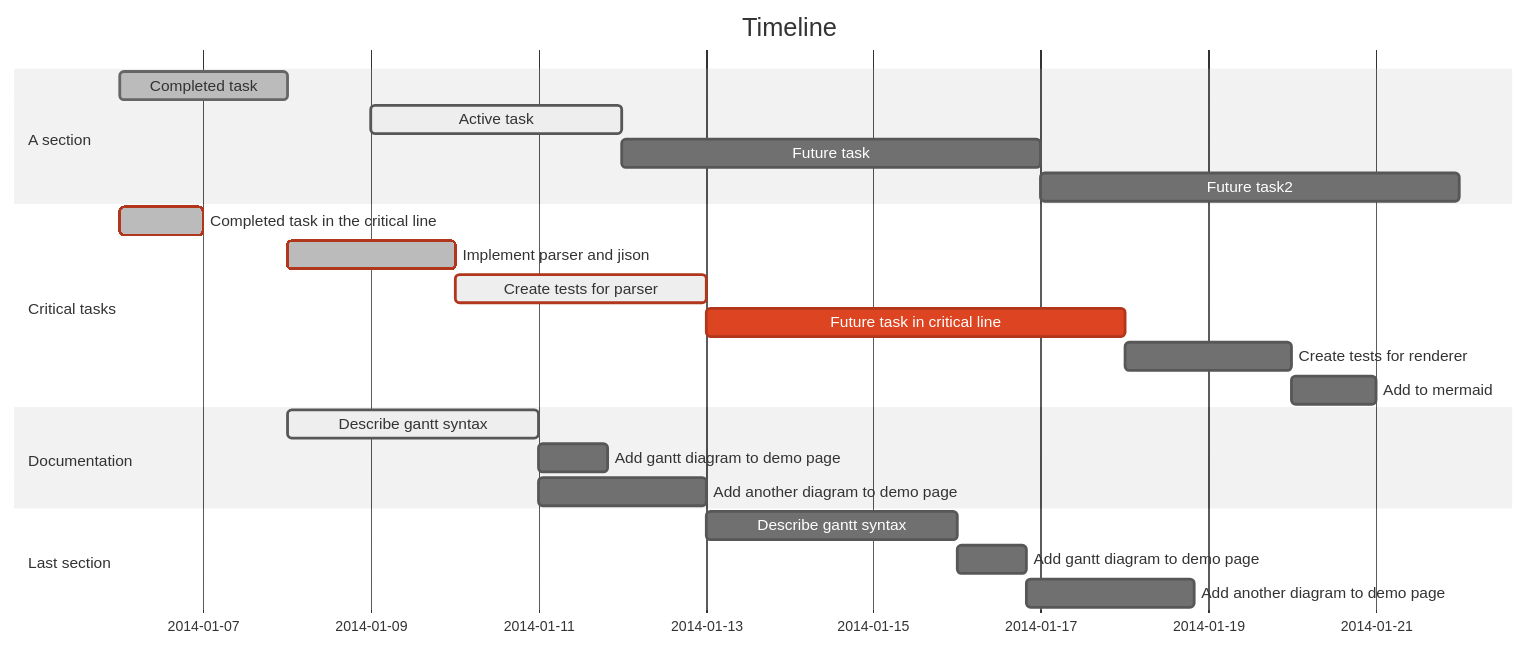
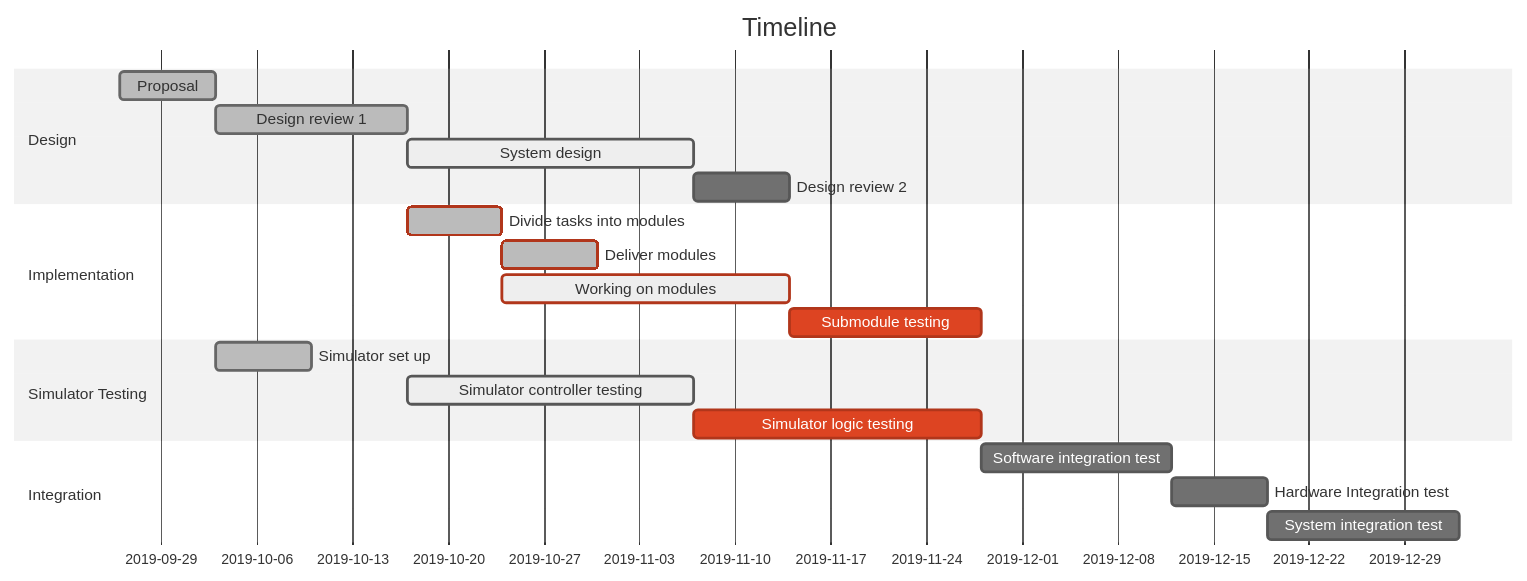
Before and after one commit to ubcuas/Airdrop-Software-2022: the diagram in README.md, drawn with Mermaid (neutral theme).

Commit message:
gantt chart draft timeline

````diff
--- a/README.md
+++ b/README.md
@@ -37,29 +37,27 @@
 ```mermaid
 gantt
     title Timeline
     dateFormat  YYYY-MM-DD
-	
-    section A section
-    Completed task            :done,    des1, 2014-01-06,2014-01-08
-    Active task               :active,  des2, 2014-01-09, 3d
-    Future task               :         des3, after des2, 5d
-    Future task2              :         des4, after des3, 5d
 
-    section Critical tasks
-    Completed task in the critical line :crit, done, 2014-01-06,24h
-    Implement parser and jison          :crit, done, after des1, 2d
-    Create tests for parser             :crit, active, 3d
-    Future task in critical line        :crit, 5d
-    Create tests for renderer           :2d
-    Add to mermaid                      :1d
+    section Design
+    Proposal            :done,    des1, 2019-09-26,2019-10-03
+    Design review 1            :done,  des2, 2019-10-03, 2019-10-17
+    System design               :active,         des3, after des2, 3w
+    Design review 2              :         des4, after des3, 1w
 
-    section Documentation
-    Describe gantt syntax               :active, a1, after des1, 3d
-    Add gantt diagram to demo page      :after a1  , 20h
-    Add another diagram to demo page    :doc1, after a1  , 48h
+    section Implementation
+    Divide tasks into modules :crit, done, imp1, 2019-10-17,7d
+    Deliver modules          :crit, done, after imp1, 7d
+    Working on modules             :crit, active, imp2, after imp1, 3w
+   	Submodule testing        :crit, after imp2, 2w
 
-    section Last section
-    Describe gantt syntax               :after doc1, 3d
-    Add gantt diagram to demo page      :20h
-    Add another diagram to demo page    :48h
+    section Simulator Testing
+    Simulator set up               :done, s1, after des1, 1w
+    Simulator controller testing      :active, s2, after des2  , 3w
+    Simulator logic testing    :crit, doc1, after s2  , 3w
+
+    section Integration
+    Software integration test               :after doc1, 2w
+    Hardware Integration test				: 1w
+	System integration test					: 2w
 ```
````
